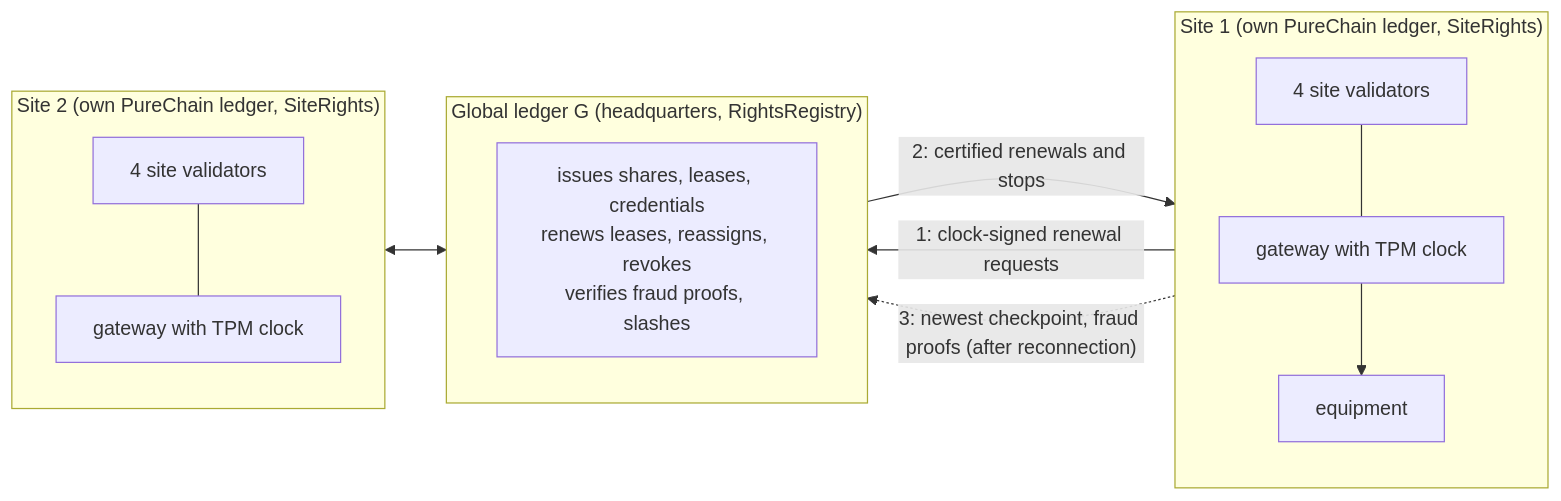
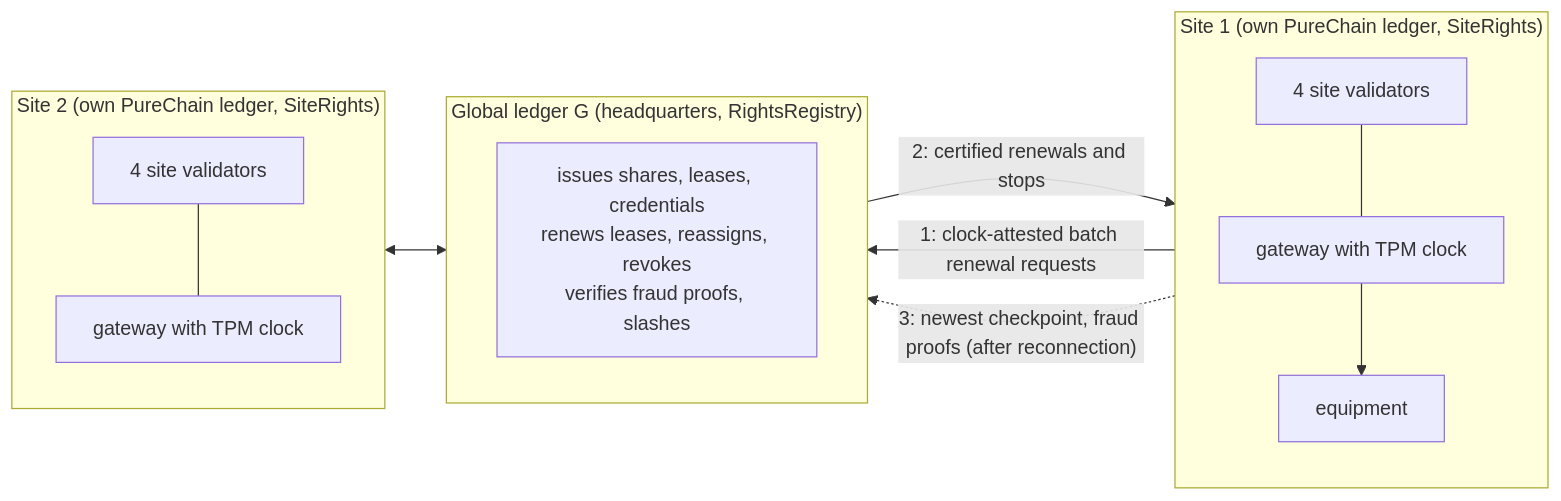
Before and after one commit to hamzalabwork-sudo/OffGrant: the diagram in README.md, drawn with Mermaid. The commit also changed other lines of this file and 47 other files, not shown here.

````diff
--- a/README.md
+++ b/README.md
@@ -44,17 +44,17 @@
 ```mermaid
 flowchart LR
   subgraph G["Global ledger G (headquarters, RightsRegistry)"]
     R[issues shares, leases, credentials<br/>renews leases, reassigns, revokes<br/>verifies fraud proofs, slashes]
   end
   subgraph S1["Site 1 (own PureChain ledger, SiteRights)"]
     V1[4 site validators] --- GW1[gateway with TPM clock]
     GW1 --> EQ1[equipment]
   end
   subgraph S2["Site 2 (own PureChain ledger, SiteRights)"]
     V2[4 site validators] --- GW2[gateway with TPM clock]
   end
-  S1 -- "1: clock-signed renewal requests" --> G
+  S1 -- "1: clock-attested batch renewal requests" --> G
   G -- "2: certified renewals and stops" --> S1
   S1 -. "3: newest checkpoint, fraud proofs (after reconnection)" .-> G
   S2 <--> G
 ```
````
